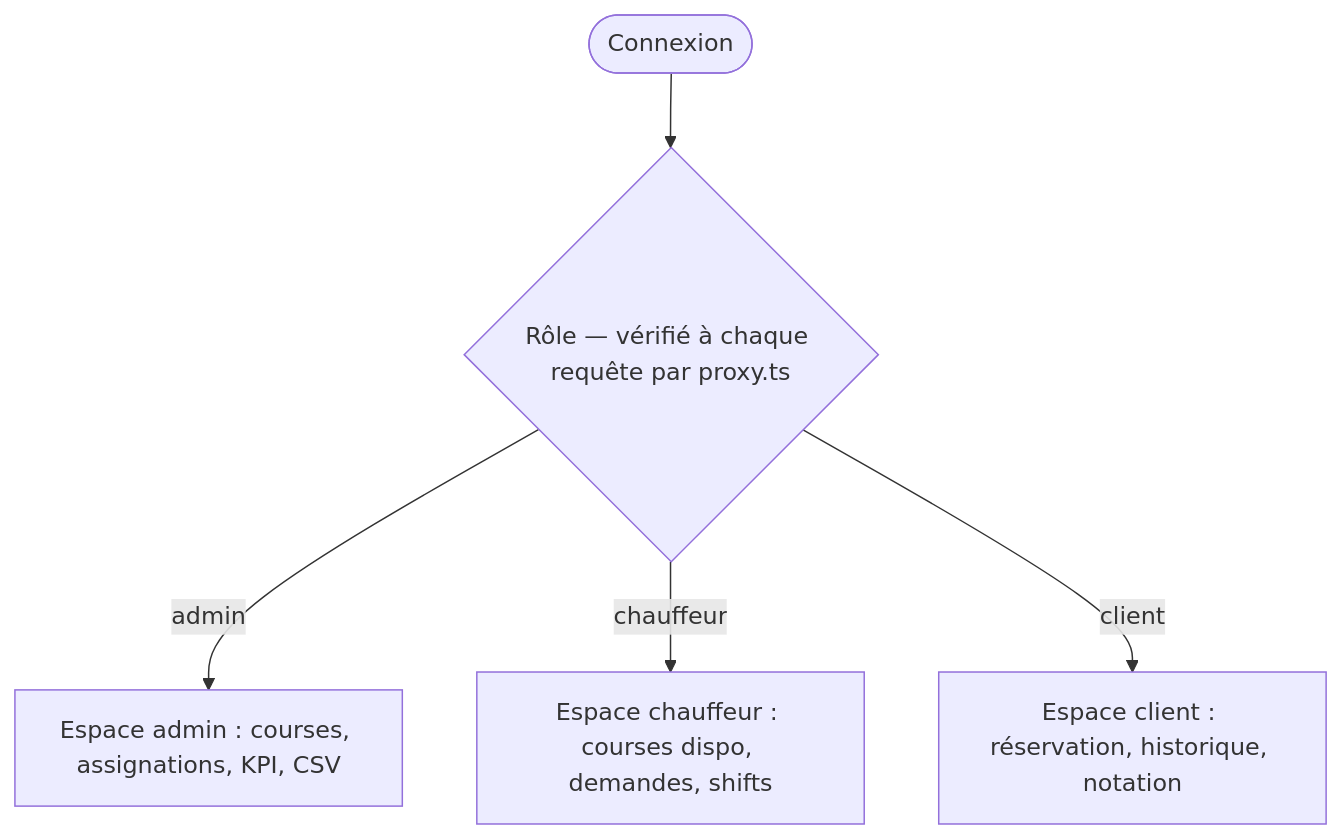
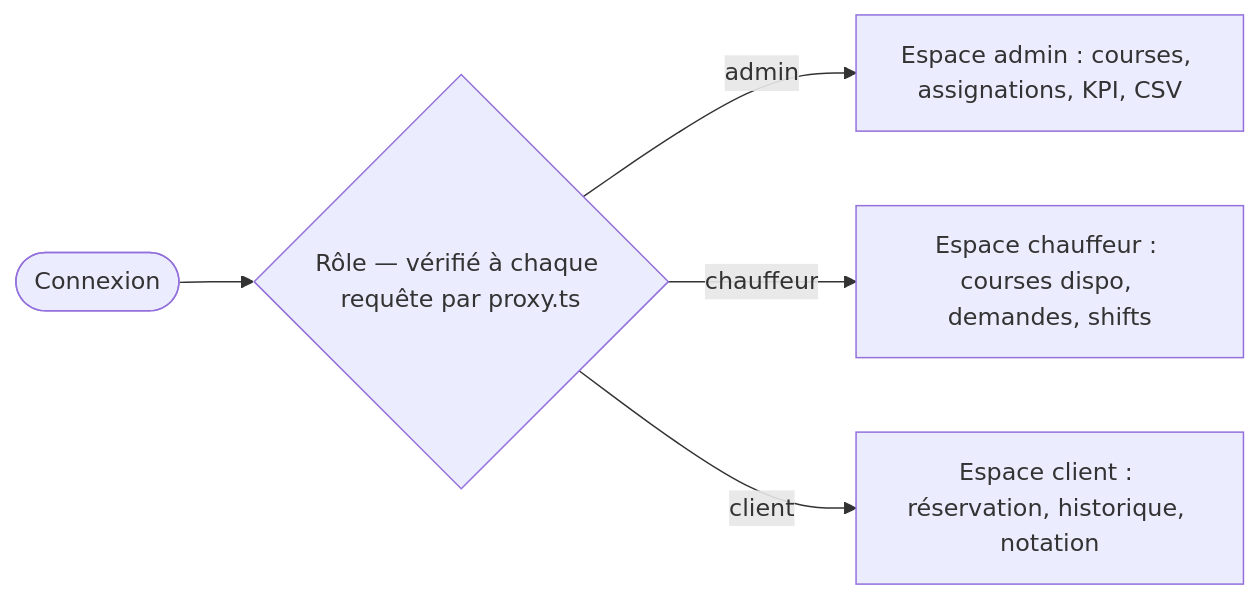
One commit to Mamoru-fr/AMT-Express changed the seventh of 9 diagrams in documents/dossiers/dossierProjet/v1-complet/dossierProjetRNCP.md. Above: the diagram before and after it, drawn with Mermaid. The commit also changed other lines of this file, not shown here.

````diff
--- a/documents/dossiers/dossierProjet/v1-complet/dossierProjetRNCP.md
+++ b/documents/dossiers/dossierProjet/v1-complet/dossierProjetRNCP.md
@@ -479,8 +485,8 @@
 ```mermaid
 %%{init: {"flowchart": {"fontSize": "11px"}}}%%
-flowchart TB
+flowchart LR
     C([Connexion]) --> R{"Rôle — vérifié à chaque requête par proxy.ts"}
     R -- admin --> A["Espace admin : courses, assignations, KPI, CSV"]
     R -- chauffeur --> Dr["Espace chauffeur : courses dispo, demandes, shifts"]
     R -- client --> Cu["Espace client : réservation, historique, notation"]
 ```
````
